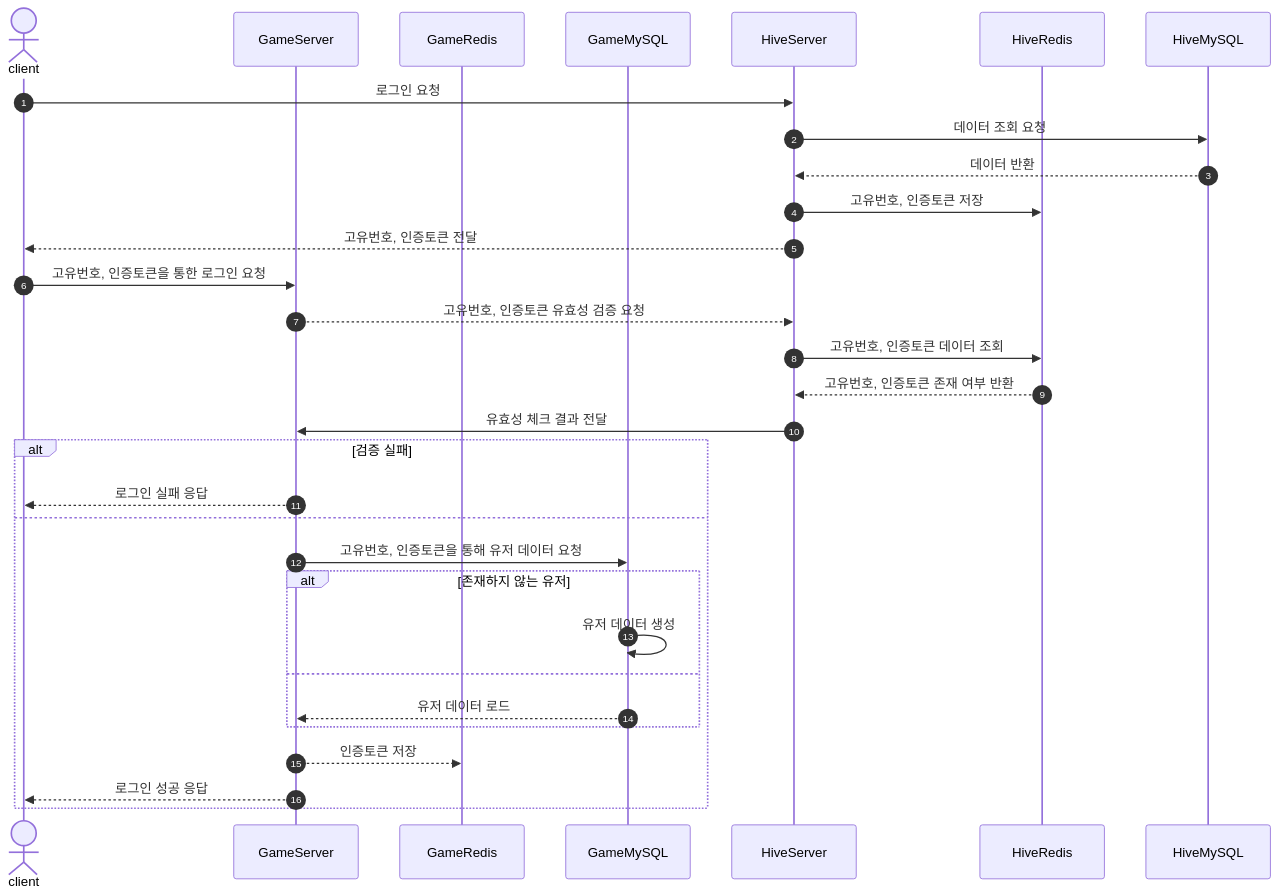
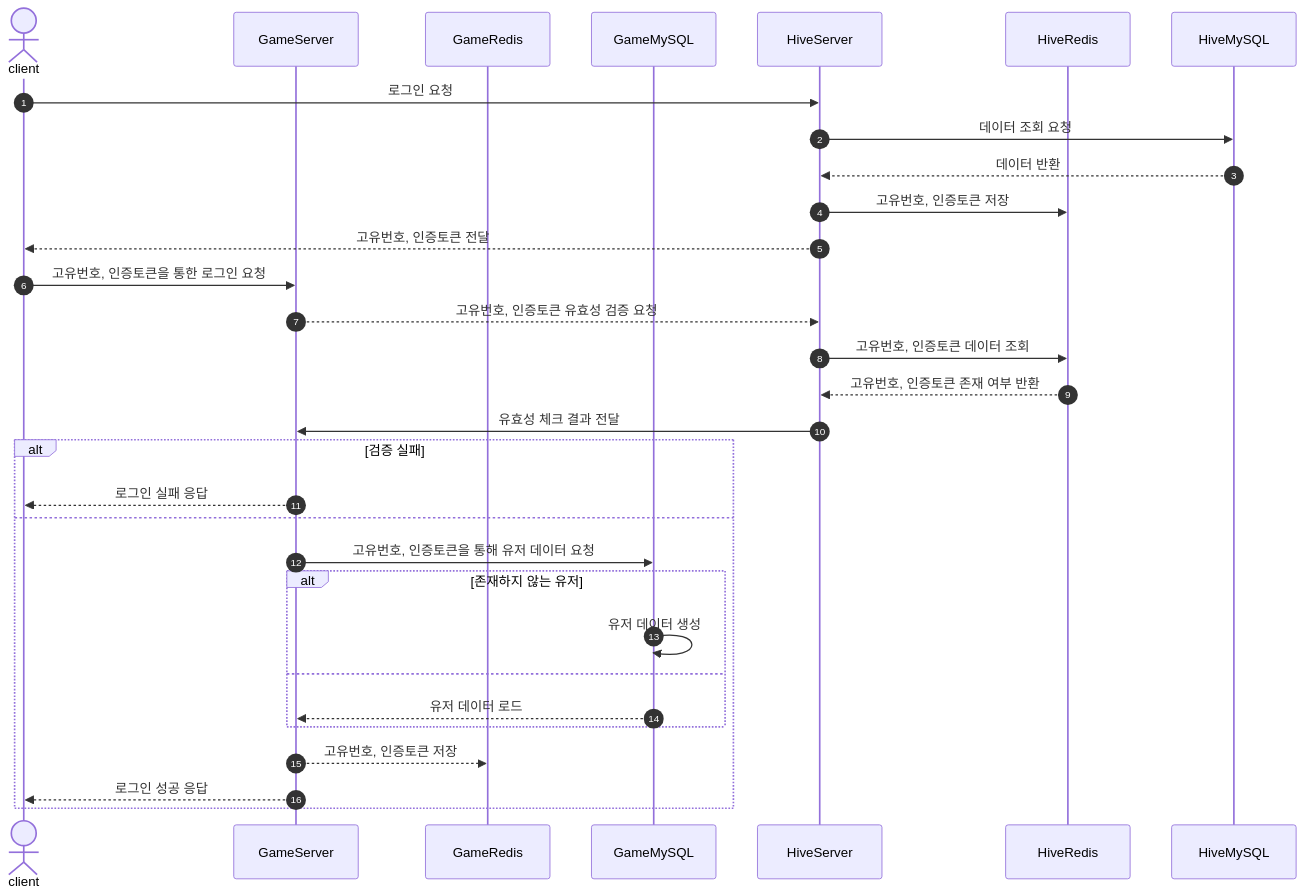
Before and after one commit to hhes0225/OmokServer: the second of 2 diagrams in SequenceDiagram.md, drawn with Mermaid.

````diff
--- a/SequenceDiagram.md
+++ b/SequenceDiagram.md
@@ -16,33 +16,33 @@
 ```mermaid
 sequenceDiagram
   autonumber
   actor A as client
   participant B as GameServer
   participant C as GameRedis
   participant D as GameMySQL
   participant E as HiveServer
   participant F as HiveRedis
   participant G as HiveMySQL
   A->>E:로그인 요청
   E->>G: 데이터 조회 요청
   G-->>E: 데이터 반환
   E->>F: 고유번호, 인증토큰 저장
   E-->>A: 고유번호, 인증토큰 전달
   A->>B: 고유번호, 인증토큰을 통한 로그인 요청
   B-->>E: 고유번호, 인증토큰 유효성 검증 요청
   E->>F: 고유번호, 인증토큰 데이터 조회
   F-->>E: 고유번호, 인증토큰 존재 여부 반환
   E->>B: 유효성 체크 결과 전달
   alt 검증 실패
       B-->>A: 로그인 실패 응답
   else
       B->>D: 고유번호, 인증토큰을 통해 유저 데이터 요청
       alt 존재하지 않는 유저
           D->>D: 유저 데이터 생성
       else
           D-->>B: 유저 데이터 로드
       end
-      B-->>C: 인증토큰 저장
+      B-->>C: 고유번호, 인증토큰 저장
       B-->>A: 로그인 성공 응답
   end
 ```
````
